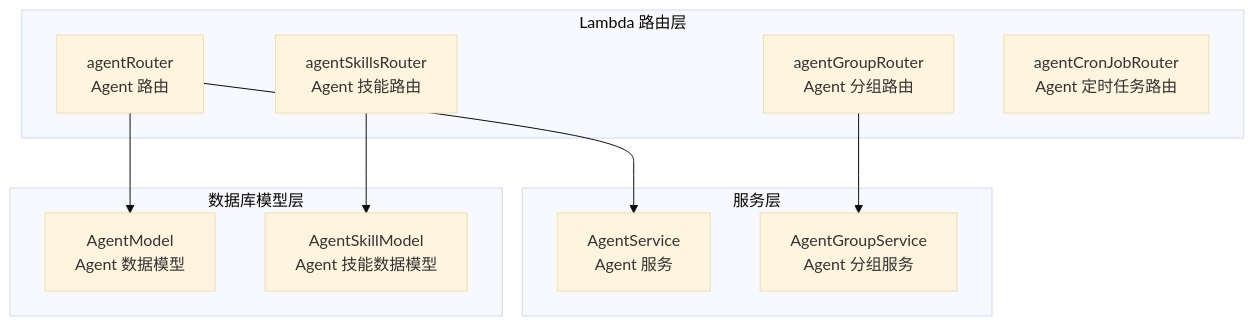
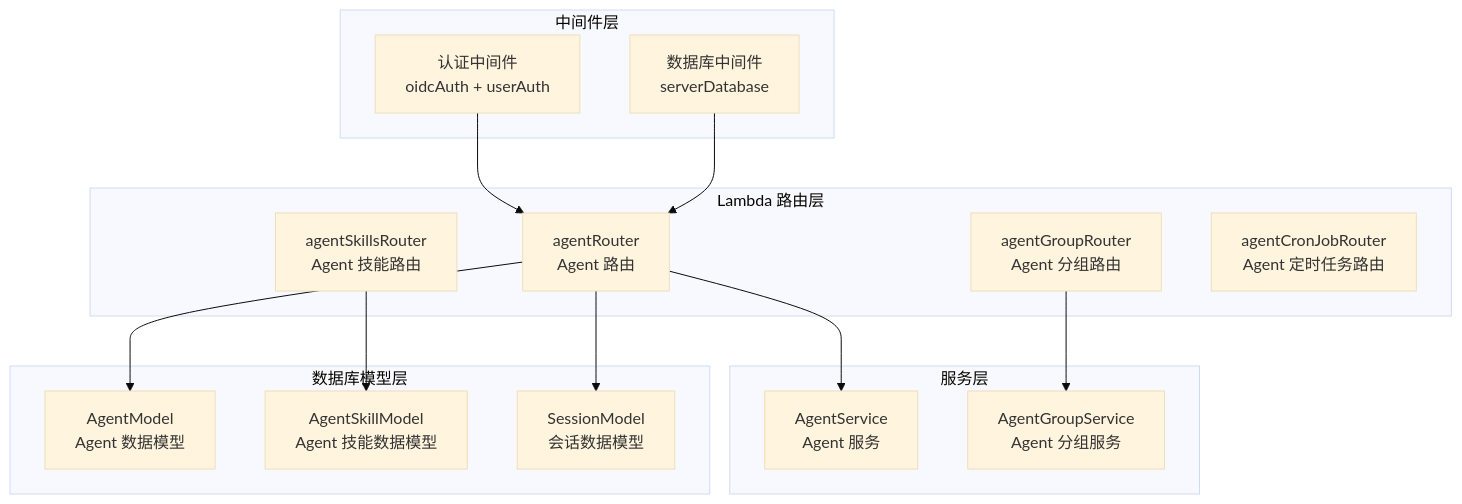
Before and after one commit to AvatoLabs/avato: the first of 7 diagrams in .qoder/repowiki/zh/content/API 接口文档/tRPC 接口规范/Lambda 路由模块/Agent 路由模块.md, drawn with Mermaid (base theme). The commit also changed other lines of this file and 158 other files, not shown here.

````diff
--- a/.qoder/repowiki/zh/content/API 接口文档/tRPC 接口规范/Lambda 路由模块/Agent 路由模块.md
+++ b/.qoder/repowiki/zh/content/API 接口文档/tRPC 接口规范/Lambda 路由模块/Agent 路由模块.md
@@ -38,21 +44,29 @@
 ```mermaid
 graph TB
 subgraph "Lambda 路由层"
 A["agentRouter<br/>Agent 路由"]
 B["agentGroupRouter<br/>Agent 分组路由"]
 C["agentSkillsRouter<br/>Agent 技能路由"]
 D["agentCronJobRouter<br/>Agent 定时任务路由"]
 end
 subgraph "服务层"
 S1["AgentService<br/>Agent 服务"]
 S2["AgentGroupService<br/>Agent 分组服务"]
 end
 subgraph "数据库模型层"
 M1["AgentModel<br/>Agent 数据模型"]
 M2["AgentSkillModel<br/>Agent 技能数据模型"]
+M3["SessionModel<br/>会话数据模型"]
+end
+subgraph "中间件层"
+W1["认证中间件<br/>oidcAuth + userAuth"]
+W2["数据库中间件<br/>serverDatabase"]
 end
 A --> S1
 B --> S2
 A --> M1
 C --> M2
+A --> M3
+W1 --> A
+W2 --> A
 ```
````
